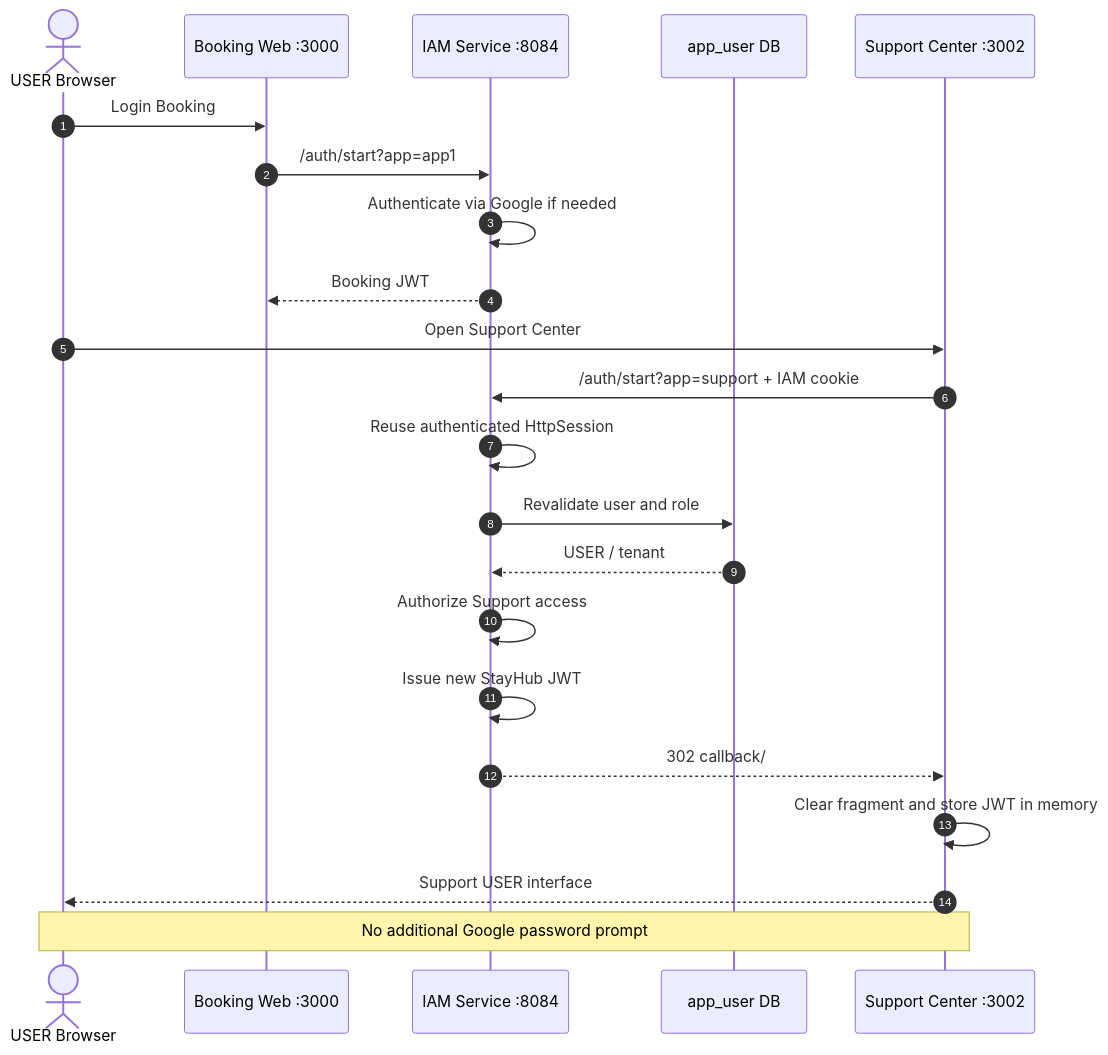
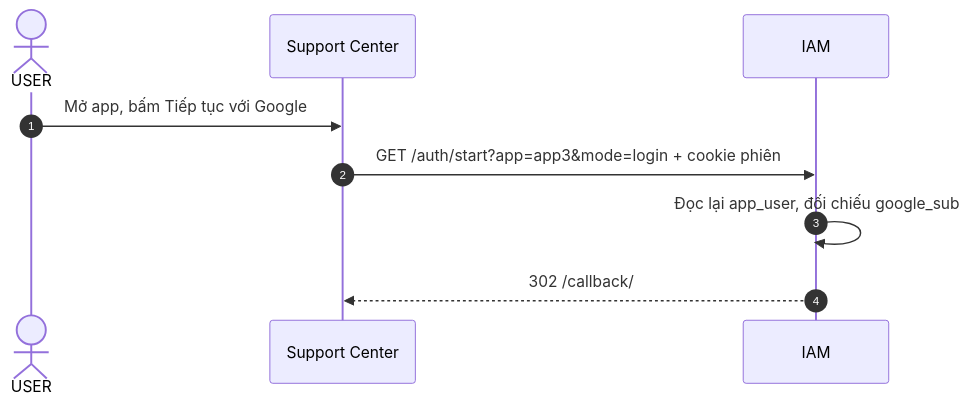
Before and after one commit to oabga/HotelBookingSystem: the second of 3 diagrams in backend/docs/documents/iam-sso.md, drawn with Mermaid. The commit also changed other lines of this file and 21 other files, not shown here.

````diff
--- a/backend/docs/documents/iam-sso.md
+++ b/backend/docs/documents/iam-sso.md
@@ -679,31 +148,11 @@
 ```mermaid
 sequenceDiagram
     autonumber
-
-    actor U as USER Browser
-    participant B as Booking Web :3000
-    participant I as IAM Service :8084
-    participant D as app_user DB
-    participant S as Support Center :3002
-
-    U->>B: Login Booking
-    B->>I: /auth/start?app=app1
-    I->>I: Authenticate via Google if needed
-    I-->>B: Booking JWT
-
-    U->>S: Open Support Center
-    S->>I: /auth/start?app=support + IAM cookie
-
-    I->>I: Reuse authenticated HttpSession
-    I->>D: Revalidate user and role
-    D-->>I: USER / tenant
-
-    I->>I: Authorize Support access
-    I->>I: Issue new StayHub JWT
-
-    I-->>S: 302 callback/#token=...
-    S->>S: Clear fragment and store JWT in memory
-    S-->>U: Support USER interface
-
-    Note over U,S: No additional Google password prompt
+    actor U as USER
+    participant A as Support Center
+    participant I as IAM
+    U->>A: Mở app, bấm Tiếp tục với Google
+    A->>I: GET /auth/start?app=app3&mode=login + cookie phiên
+    I->>I: Đọc lại app_user, đối chiếu google_sub
+    I-->>A: 302 /callback/#token=JWT mới
 ```
````
